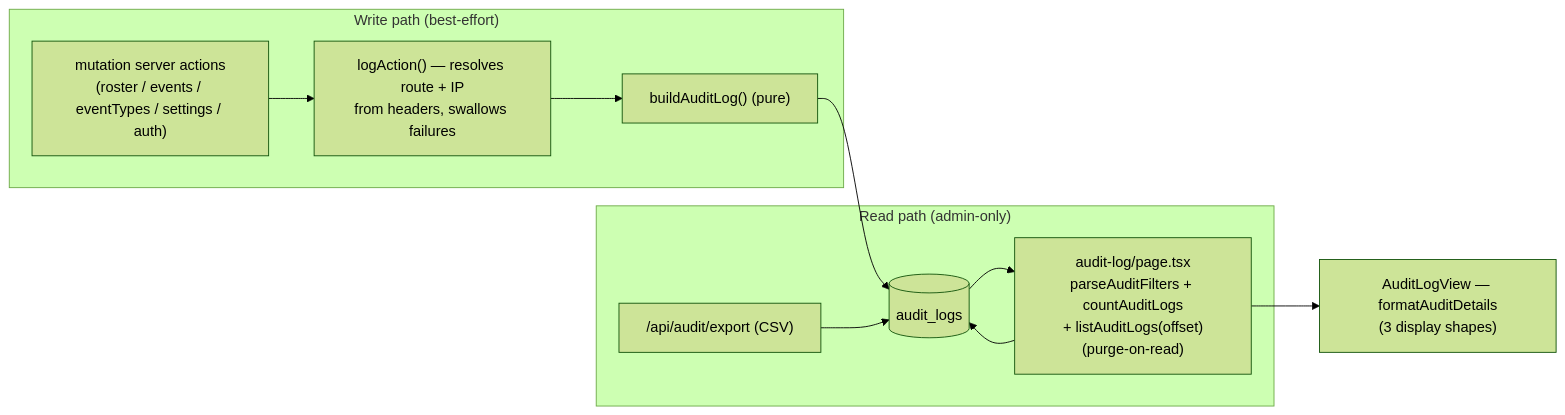
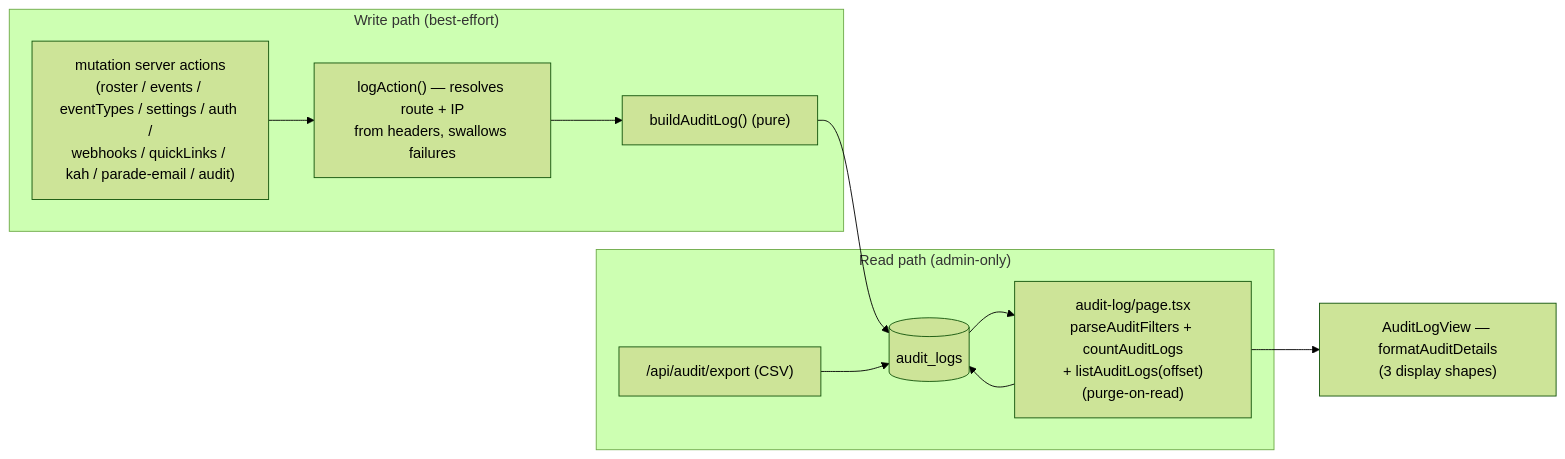
Before and after one commit to oncloudnintynineone-source/cloudy2: the first of 2 diagrams in docs/audit-log.md, drawn with Mermaid (forest theme). The commit also changed other lines of this file and 22 other files, not shown here.

Commit message:
docs: sync mermaid diagrams with current code, fix diagram syntax errors

````diff
--- a/docs/audit-log.md
+++ b/docs/audit-log.md
@@ -68,19 +68,19 @@
 ```mermaid
 flowchart LR
  subgraph WRITE["Write path (best-effort)"]
- M["mutation server actions<br/>(roster / events / eventTypes / settings / auth)"]
+ M["mutation server actions<br/>(roster / events / eventTypes / settings / auth /<br/>webhooks / quickLinks / kah / parade-email / audit)"]
  LA["logAction() — resolves route + IP<br/>from headers, swallows failures"]
  BL["buildAuditLog() (pure)"]
  M --> LA --> BL
  end
  DB[("audit_logs")]
  BL --> DB
  subgraph READ["Read path (admin-only)"]
  PG["audit-log/page.tsx<br/>parseAuditFilters + countAuditLogs<br/>+ listAuditLogs(offset)<br/>(purge-on-read)"]
  EXP["/api/audit/export (CSV)"]
  PG --> DB
  EXP --> DB
  end
  DB --> PG
  PG --> UI["AuditLogView — formatAuditDetails<br/>(3 display shapes)"]
 ```
````
